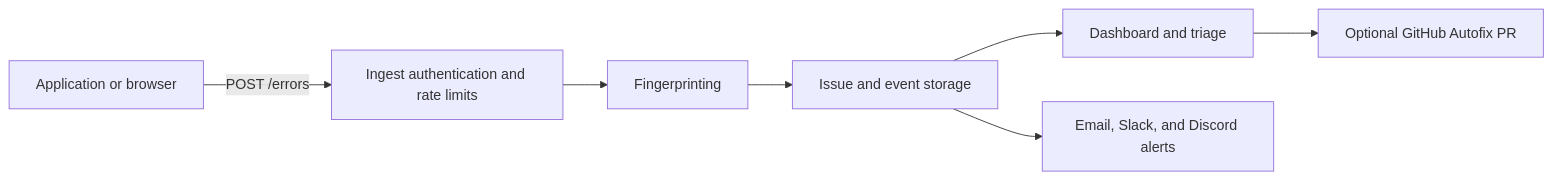
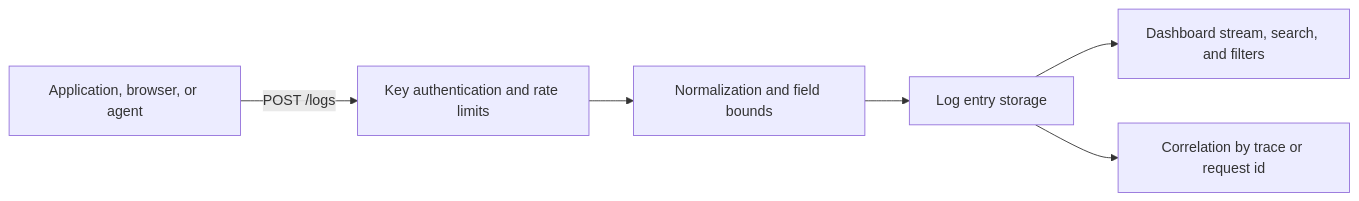
Before and after one commit to loghqorg/loghq: the diagram in README.md, drawn with Mermaid. The commit also changed other lines of this file, not shown here.

First line of the commit message:
docs: reposition README from error tracking to log management

````diff
--- a/README.md
+++ b/README.md
@@ -33,9 +41,8 @@
 ```mermaid
 flowchart LR
-  A["Application or browser"] -->|"POST /errors"| B["Ingest authentication and rate limits"]
-  B --> C["Fingerprinting"]
-  C --> D["Issue and event storage"]
-  D --> E["Dashboard and triage"]
-  D --> F["Email, Slack, and Discord alerts"]
-  E --> G["Optional GitHub Autofix PR"]
+  A["Application, browser, or agent"] -->|"POST /logs"| B["Key authentication and rate limits"]
+  B --> C["Normalization and field bounds"]
+  C --> D["Log entry storage"]
+  D --> E["Dashboard stream, search, and filters"]
+  D --> F["Correlation by trace or request id"]
 ```
````
